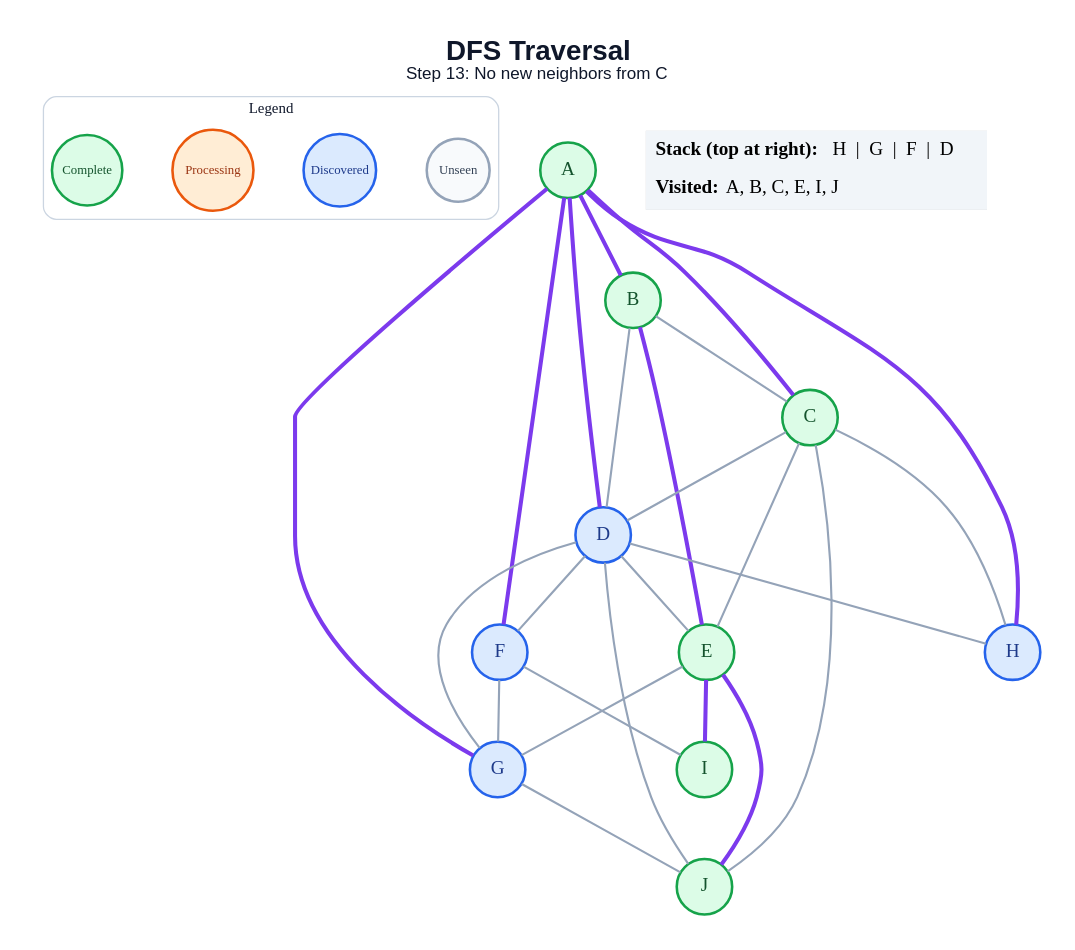
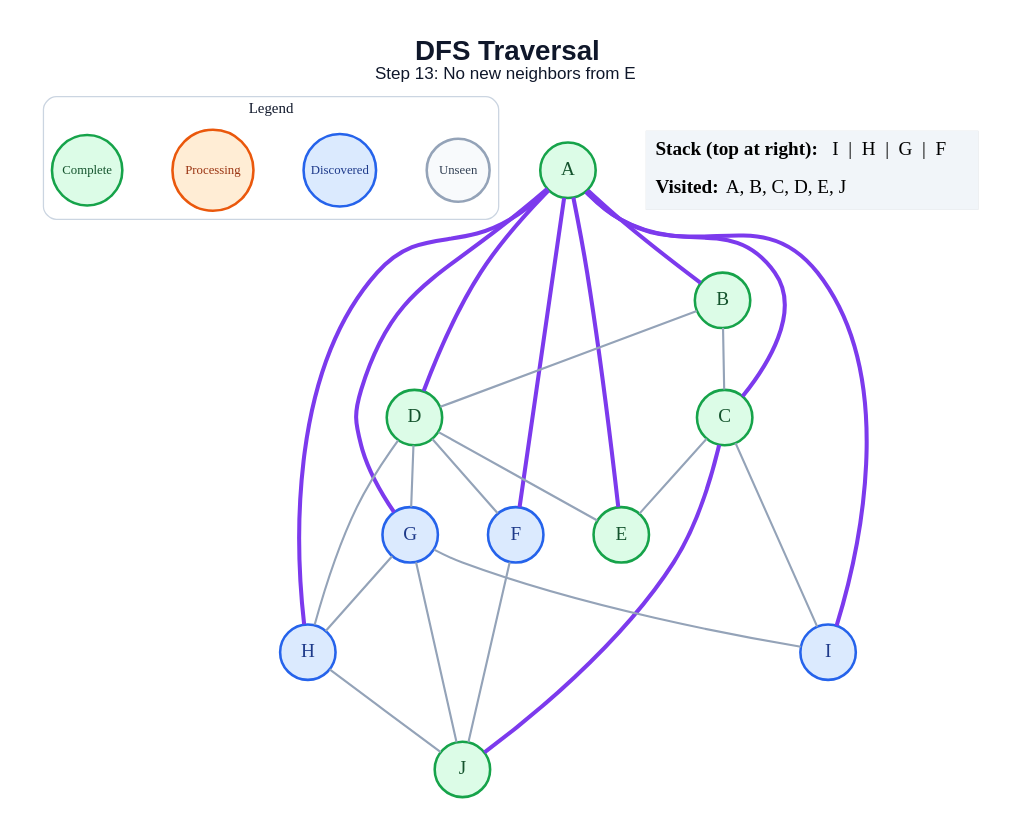
The diagram in generated/dfs/step_13.dot (amanghodawala9/ai-slop), drawn with Graphviz before and after one commit. The commit also changed 178 other files, not shown here.

```diff
--- a/generated/dfs/step_13.dot
+++ b/generated/dfs/step_13.dot
@@ -1,53 +1,51 @@
 graph traversal {
   graph [layout=dot, rankdir=TB, bgcolor="#FFFFFF", pad="0.35", nodesep="0.65", ranksep="0.8", fontname="Arial"];
   node [shape=circle, style="filled", fontname="Arial Bold", fontsize=18, width=0.72, fixedsize=true, penwidth=2.4];
   edge [color="#94A3B8", penwidth=2.0];
-  label=<<B>DFS Traversal</B><BR/><FONT POINT-SIZE="16">Step 13: No new neighbors from C</FONT>>; labelloc="t"; fontsize=26; fontname="Arial"; fontcolor="#0F172A";
+  label=<<B>DFS Traversal</B><BR/><FONT POINT-SIZE="16">Step 13: No new neighbors from E</FONT>>; labelloc="t"; fontsize=26; fontname="Arial"; fontcolor="#0F172A";
   subgraph cluster_legend { label="Legend"; color="#CBD5E1"; penwidth=1.2; style="rounded"; fontsize=14; fontname="Arial Bold";
     key_unseen [label="Unseen", fillcolor="#F8FAFC", color="#94A3B8", fontcolor="#334155", fontsize=12, width=0.82];
     key_frontier [label="Discovered", fillcolor="#DBEAFE", color="#2563EB", fontcolor="#1E3A8A", fontsize=12, width=0.95];
     key_current [label="Processing", fillcolor="#FFEDD5", color="#EA580C", fontcolor="#9A3412", fontsize=12, width=1.05];
     key_done [label="Complete", fillcolor="#DCFCE7", color="#16A34A", fontcolor="#14532D", fontsize=12, width=0.92];
     { rank=same; key_unseen; key_frontier; key_current; key_done; }
   }
   A [fillcolor="#DCFCE7", color="#16A34A", fontcolor="#14532D"];
   B [fillcolor="#DCFCE7", color="#16A34A", fontcolor="#14532D"];
   C [fillcolor="#DCFCE7", color="#16A34A", fontcolor="#14532D"];
-  D [fillcolor="#DBEAFE", color="#2563EB", fontcolor="#1E3A8A"];
+  D [fillcolor="#DCFCE7", color="#16A34A", fontcolor="#14532D"];
   E [fillcolor="#DCFCE7", color="#16A34A", fontcolor="#14532D"];
   F [fillcolor="#DBEAFE", color="#2563EB", fontcolor="#1E3A8A"];
   G [fillcolor="#DBEAFE", color="#2563EB", fontcolor="#1E3A8A"];
   H [fillcolor="#DBEAFE", color="#2563EB", fontcolor="#1E3A8A"];
-  I [fillcolor="#DCFCE7", color="#16A34A", fontcolor="#14532D"];
+  I [fillcolor="#DBEAFE", color="#2563EB", fontcolor="#1E3A8A"];
   J [fillcolor="#DCFCE7", color="#16A34A", fontcolor="#14532D"];
   A -- B [color="#7C3AED", penwidth=3.8];
   A -- C [color="#7C3AED", penwidth=3.8];
   A -- D [color="#7C3AED", penwidth=3.8];
+  A -- E [color="#7C3AED", penwidth=3.8];
   A -- F [color="#7C3AED", penwidth=3.8];
   A -- G [color="#7C3AED", penwidth=3.8];
   A -- H [color="#7C3AED", penwidth=3.8];
+  A -- I [color="#7C3AED", penwidth=3.8];
   B -- C;
   B -- D;
-  B -- E [color="#7C3AED", penwidth=3.8];
-  C -- D;
   C -- E;
-  C -- H;
-  C -- J;
+  C -- I;
+  C -- J [color="#7C3AED", penwidth=3.8];
   D -- E;
   D -- F;
   D -- G;
   D -- H;
-  D -- J;
-  E -- G;
-  E -- I [color="#7C3AED", penwidth=3.8];
-  E -- J [color="#7C3AED", penwidth=3.8];
-  F -- G;
-  F -- I;
+  F -- J;
+  G -- H;
+  G -- I;
   G -- J;
+  H -- J;
   status [shape=plain, fixedsize=false, width=0, height=0, margin=0, label=<
     <TABLE BORDER="0" CELLBORDER="0" CELLPADDING="7" BGCOLOR="#F1F5F9">
-      <TR><TD ALIGN="LEFT"><B>Stack (top at right):</B> H  |  G  |  F  |  D</TD></TR>
-      <TR><TD ALIGN="LEFT"><B>Visited:</B> A, B, C, E, I, J</TD></TR>
+      <TR><TD ALIGN="LEFT"><B>Stack (top at right):</B> I  |  H  |  G  |  F</TD></TR>
+      <TR><TD ALIGN="LEFT"><B>Visited:</B> A, B, C, D, E, J</TD></TR>
     </TABLE>
   >];
 }
```
